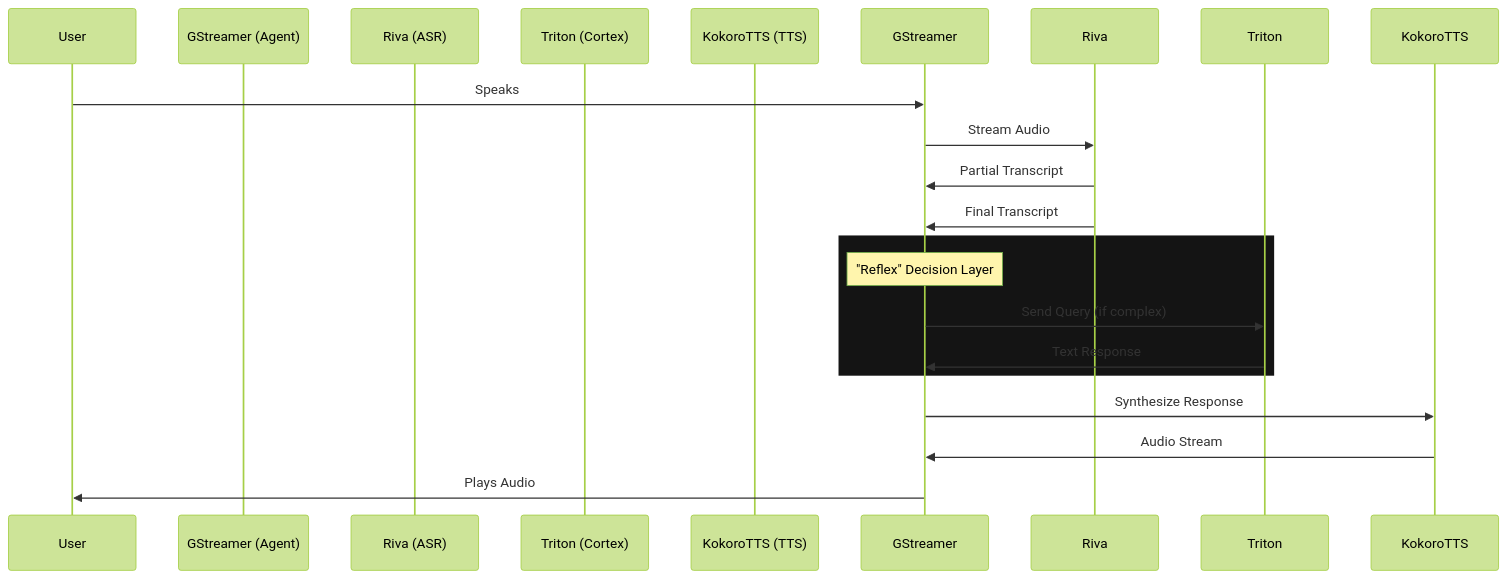
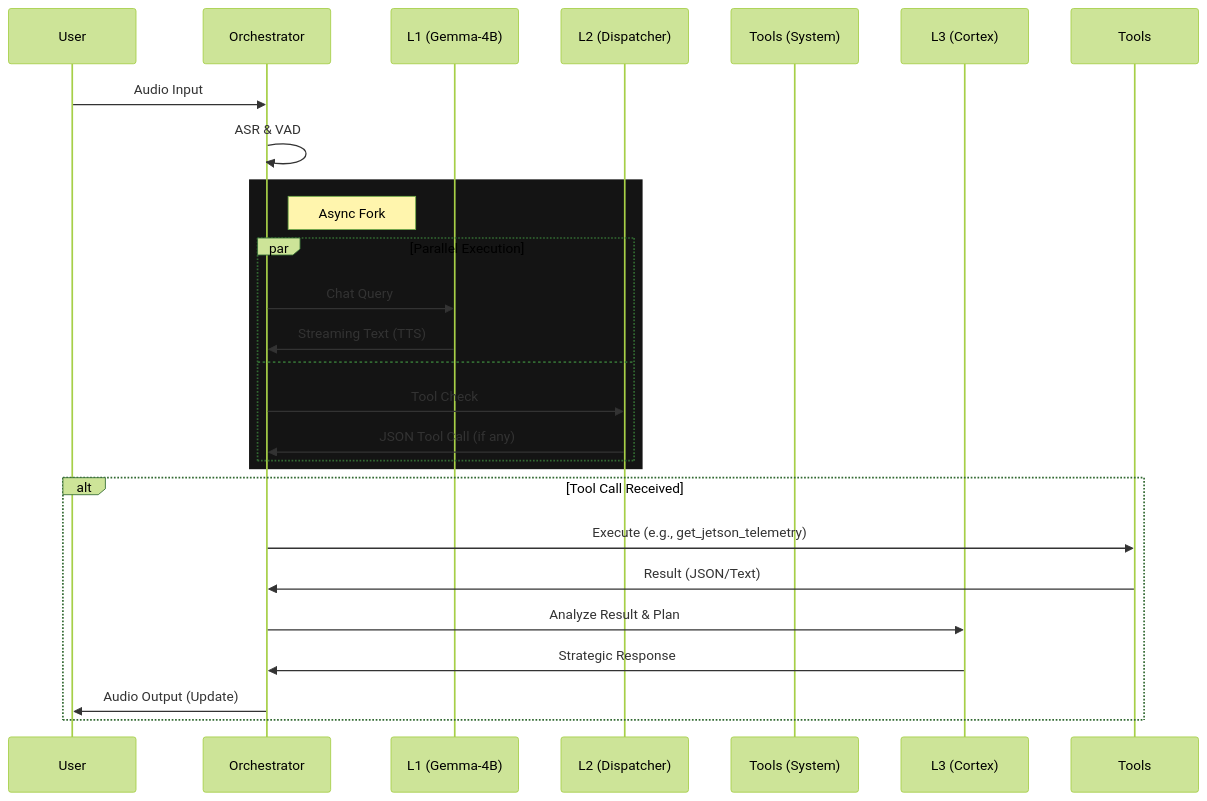
One commit to lhzn-io/chatty-buoy changed the diagram in docs/quint_architecture.md. Above: the diagram before and after it, drawn with Mermaid (forest theme). The commit also changed other lines of this file and 15 other files, not shown here.

First line of the commit message:
feat(voice): integrate Chatterbox TTS system and optimize stack memory

````diff
--- a/docs/quint_architecture.md
+++ b/docs/quint_architecture.md
@@ -52,23 +65,31 @@
 ```mermaid
 sequenceDiagram
     participant User
-    participant GStreamer (Agent)
-    participant Riva (ASR)
-    participant Triton (Cortex)
-    participant KokoroTTS (TTS)
+    participant Orchestrator
+    participant L1 (Gemma-4B)
+    participant L2 (Dispatcher)
+    participant Tools (System)
+    participant L3 (Cortex)
 
-    User->>GStreamer: Speaks
-    GStreamer->>Riva: Stream Audio
-    Riva->>GStreamer: Partial Transcript
-    Riva->>GStreamer: Final Transcript
-    
+    User->>Orchestrator: Audio Input
+    Orchestrator->>Orchestrator: ASR & VAD
+
     rect rgb(20, 20, 20)
-        Note over GStreamer: "Reflex" Decision Layer
-        GStreamer->>Triton: Send Query (if complex)
-        Triton->>GStreamer: Text Response
+        note right of Orchestrator: Async Fork
+        par Parallel Execution
+            Orchestrator->>L1 (Gemma-4B): Chat Query
+            L1 (Gemma-4B)->>Orchestrator: Streaming Text (TTS)
+        and
+            Orchestrator->>L2 (Dispatcher): Tool Check
+            L2 (Dispatcher)->>Orchestrator: JSON Tool Call (if any)
+        end
     end
-    
-    GStreamer->>KokoroTTS: Synthesize Response
-    KokoroTTS->>GStreamer: Audio Stream
-    GStreamer->>User: Plays Audio
+
+    alt Tool Call Received
+        Orchestrator->>Tools: Execute (e.g., get_jetson_telemetry)
+        Tools->>Orchestrator: Result (JSON/Text)
+        Orchestrator->>L3 (Cortex): Analyze Result & Plan
+        L3 (Cortex)->>Orchestrator: Strategic Response
+        Orchestrator->>User: Audio Output (Update)
+    end
 ```
````
